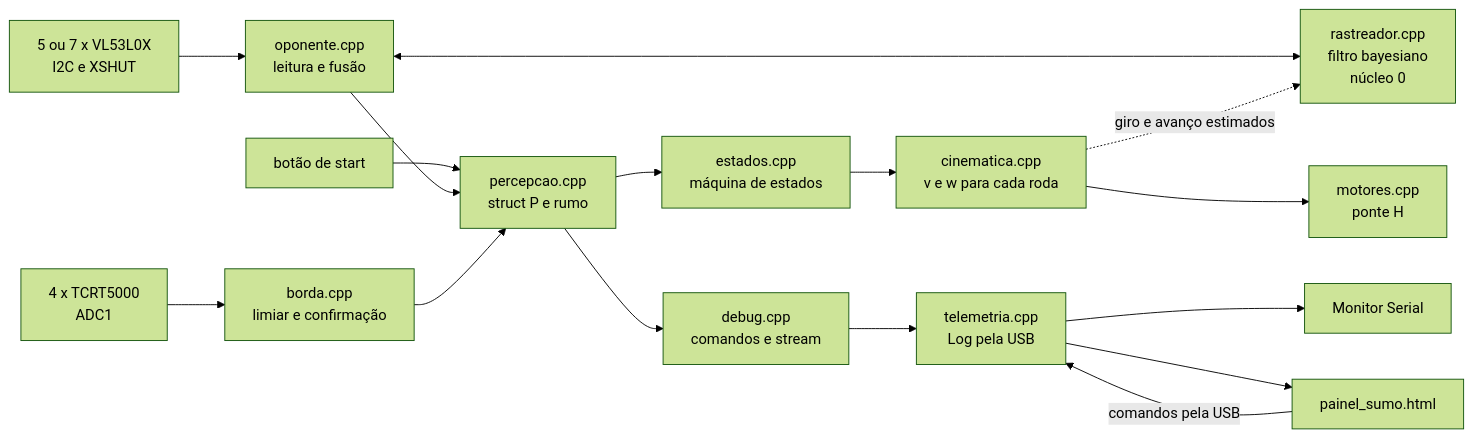
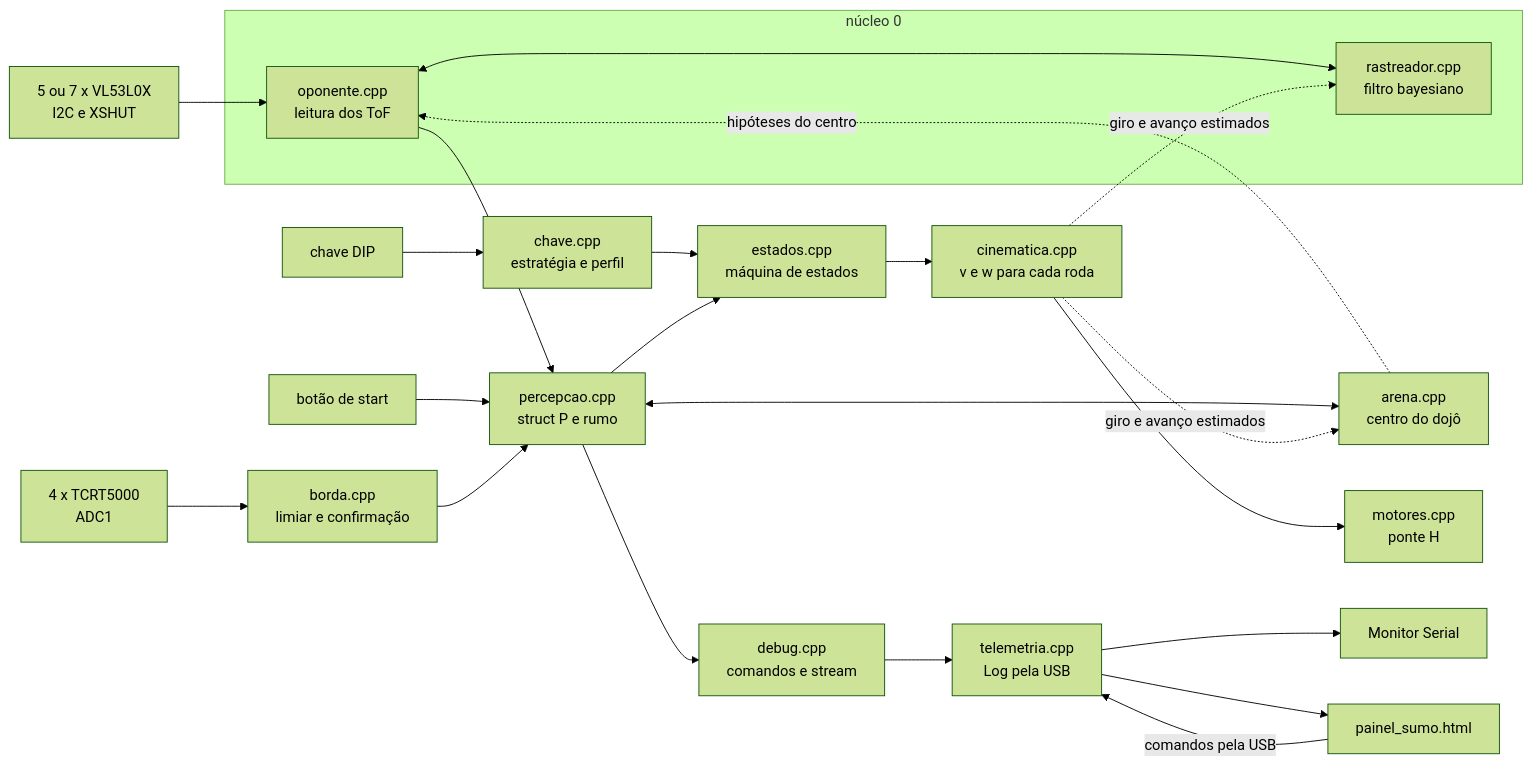
Before and after one commit to felcoslop/LAB_III_Grupo_D_UFMG_2026_2: the second of 3 diagrams in README.md, drawn with Mermaid (forest theme). The commit also changed other lines of this file and 1 other file, not shown here.

````diff
--- a/README.md
+++ b/README.md
@@ -284,18 +375,25 @@
 ```mermaid
 flowchart LR
-    TOF["5 ou 7 x VL53L0X<br/>I2C e XSHUT"] --> OPO["oponente.cpp<br/>leitura e fusão"]
-    OPO <--> RAS["rastreador.cpp<br/>filtro bayesiano<br/>núcleo 0"]
+    subgraph N0["núcleo 0"]
+        OPO["oponente.cpp<br/>leitura dos ToF"] <--> RAS["rastreador.cpp<br/>filtro bayesiano"]
+    end
+    TOF["5 ou 7 x VL53L0X<br/>I2C e XSHUT"] --> OPO
     TCRT["4 x TCRT5000<br/>ADC1"] --> BOR["borda.cpp<br/>limiar e confirmação"]
+    DIP["chave DIP"] --> CHA["chave.cpp<br/>estratégia e perfil"]
     BOT["botão de start"] --> PER
     OPO --> PER["percepcao.cpp<br/>struct P e rumo"]
     BOR --> PER
+    PER <--> ARE["arena.cpp<br/>centro do dojô"]
+    ARE -. "hipóteses do centro" .-> OPO
+    CHA --> EST
     PER --> EST["estados.cpp<br/>máquina de estados"]
     EST --> CIN["cinematica.cpp<br/>v e w para cada roda"]
     CIN --> MOT["motores.cpp<br/>ponte H"]
     CIN -. "giro e avanço estimados" .-> RAS
+    CIN -. "giro e avanço estimados" .-> ARE
     PER --> DEB["debug.cpp<br/>comandos e stream"]
     DEB --> TEL["telemetria.cpp<br/>Log pela USB"]
     TEL --> USB["Monitor Serial"]
     TEL --> PAI["painel_sumo.html"]
     PAI -- "comandos pela USB" --> TEL
 ```
````
